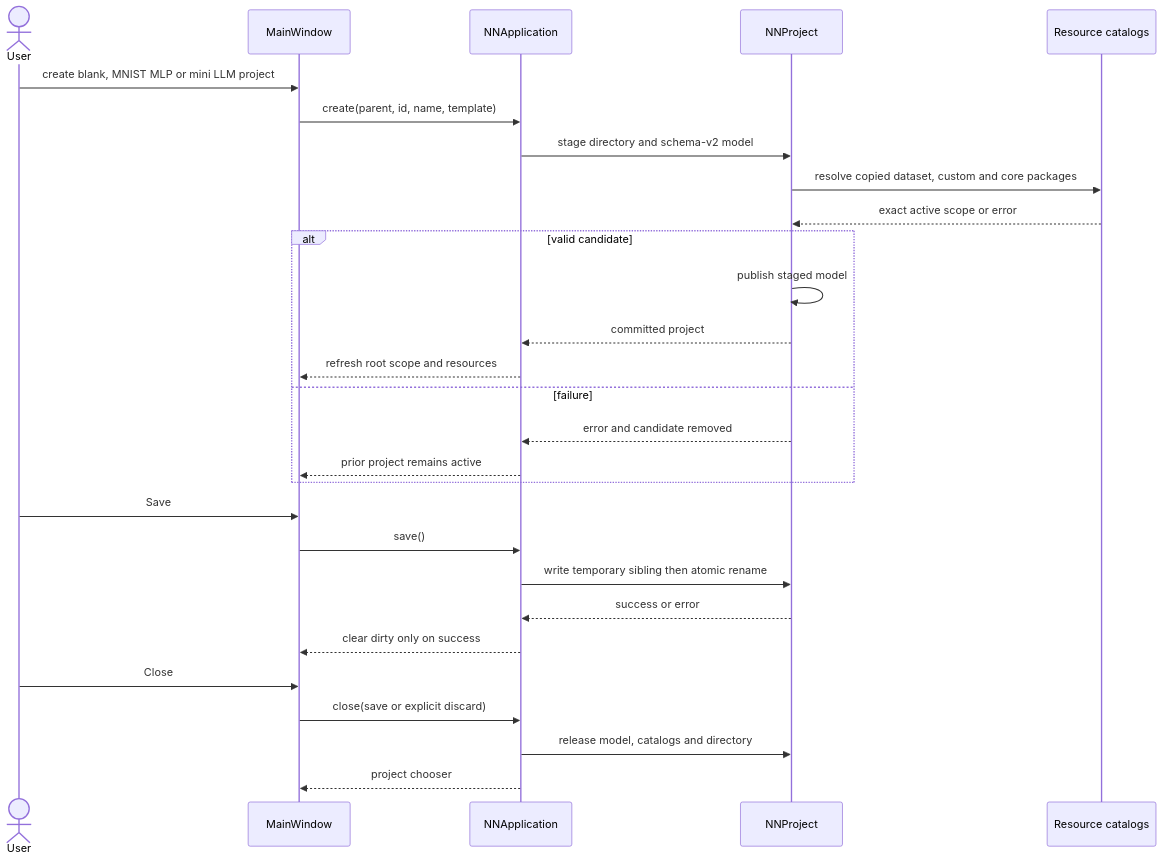
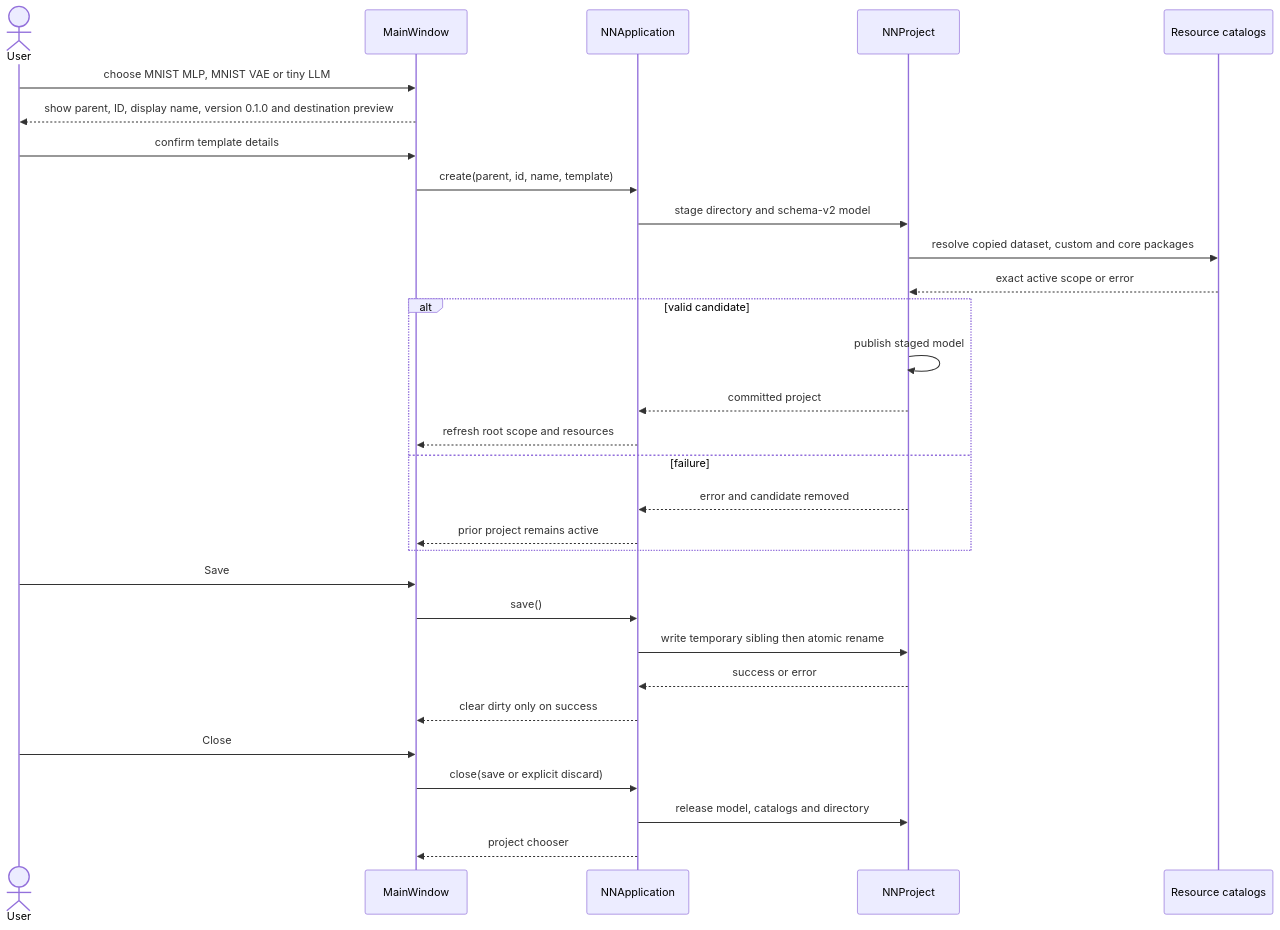
Before and after one commit to LucaSforza/nnmodelling-ui: the third of 9 diagrams in docs/knowledge/uml/sequences/project-editor.md, drawn with Mermaid. The commit also changed other lines of this file and 19 other files, not shown here.

````diff
--- a/docs/knowledge/uml/sequences/project-editor.md
+++ b/docs/knowledge/uml/sequences/project-editor.md
@@ -79,30 +86,32 @@
 ```mermaid
   sequenceDiagram
     actor User
     participant Qt as MainWindow
     participant App as NNApplication
     participant Project as NNProject
     participant Catalog as Resource catalogs
-    User->>Qt: create blank, MNIST MLP or mini LLM project
+    User->>Qt: choose MNIST MLP, MNIST VAE or tiny LLM
+    Qt-->>User: show parent, ID, display name, version 0.1.0 and destination preview
+    User->>Qt: confirm template details
     Qt->>App: create(parent, id, name, template)
     App->>Project: stage directory and schema-v2 model
     Project->>Catalog: resolve copied dataset, custom and core packages
     Catalog-->>Project: exact active scope or error
     alt valid candidate
       Project->>Project: publish staged model
       Project-->>App: committed project
       App-->>Qt: refresh root scope and resources
     else failure
       Project-->>App: error and candidate removed
       App-->>Qt: prior project remains active
     end
     User->>Qt: Save
     Qt->>App: save()
     App->>Project: write temporary sibling then atomic rename
     Project-->>App: success or error
     App-->>Qt: clear dirty only on success
     User->>Qt: Close
     Qt->>App: close(save or explicit discard)
     App->>Project: release model, catalogs and directory
     App-->>Qt: project chooser
 ```
````
